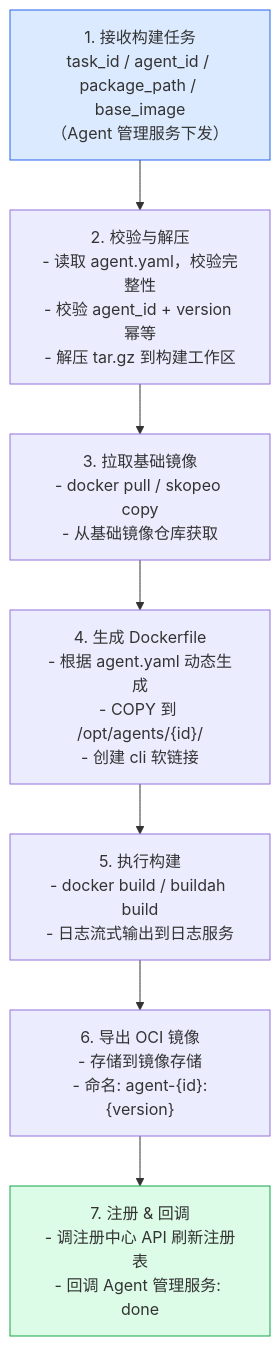
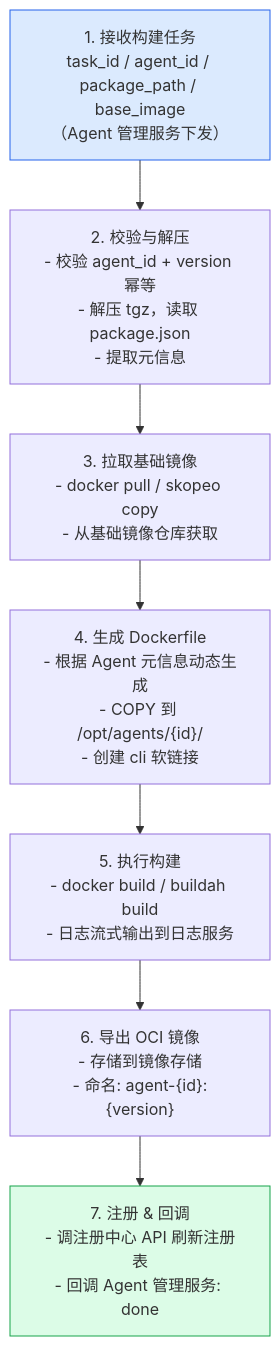
One commit to csoulnd/InferTechNote changed the third of 3 diagrams in codeagent/docs/design/claude-code-offline-install.md. Above: the diagram before and after it, drawn with Mermaid. The commit also changed other lines of this file, not shown here.

Commit message:
docs: 移除 agent.yaml 方案，改为文件名自动解析 + 管理员表单确认

````diff
--- a/codeagent/docs/design/claude-code-offline-install.md
+++ b/codeagent/docs/design/claude-code-offline-install.md
@@ -312,15 +324,15 @@
 ```mermaid
 flowchart TD
     S1["1. 接收构建任务<br/>task_id / agent_id / package_path / base_image<br/>（Agent 管理服务下发）"]
-    S2["2. 校验与解压<br/>- 读取 agent.yaml，校验完整性<br/>- 校验 agent_id + version 幂等<br/>- 解压 tar.gz 到构建工作区"]
+    S2["2. 校验与解压<br/>- 校验 agent_id + version 幂等<br/>- 解压 tgz，读取 package.json<br/>- 提取元信息"]
     S3["3. 拉取基础镜像<br/>- docker pull / skopeo copy<br/>- 从基础镜像仓库获取"]
-    S4["4. 生成 Dockerfile<br/>- 根据 agent.yaml 动态生成<br/>- COPY 到 /opt/agents/{id}/<br/>- 创建 cli 软链接"]
+    S4["4. 生成 Dockerfile<br/>- 根据 Agent 元信息动态生成<br/>- COPY 到 /opt/agents/{id}/<br/>- 创建 cli 软链接"]
     S5["5. 执行构建<br/>- docker build / buildah build<br/>- 日志流式输出到日志服务"]
     S6["6. 导出 OCI 镜像<br/>- 存储到镜像存储<br/>- 命名: agent-{id}:{version}"]
     S7["7. 注册 & 回调<br/>- 调注册中心 API 刷新注册表<br/>- 回调 Agent 管理服务: done"]
 
     S1 --> S2 --> S3 --> S4 --> S5 --> S6 --> S7
 
     style S1 fill:#dbeafe,stroke:#2563eb
     style S7 fill:#dcfce7,stroke:#16a34a
 ```
````
